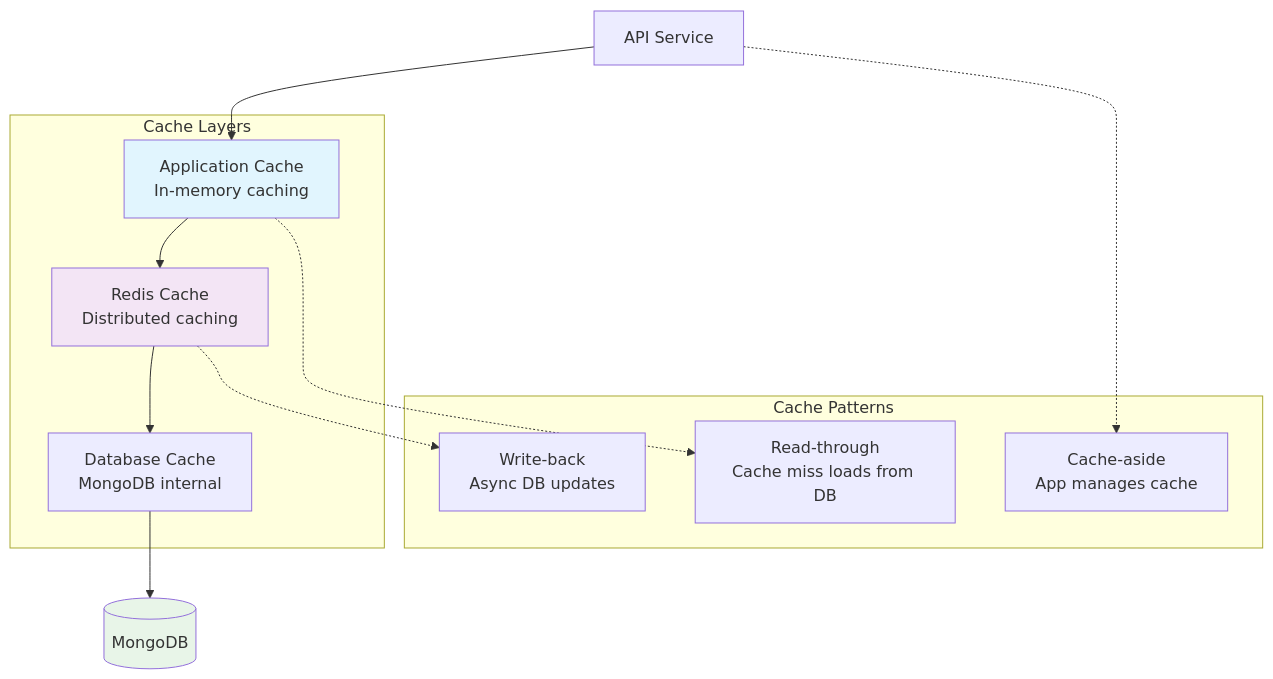
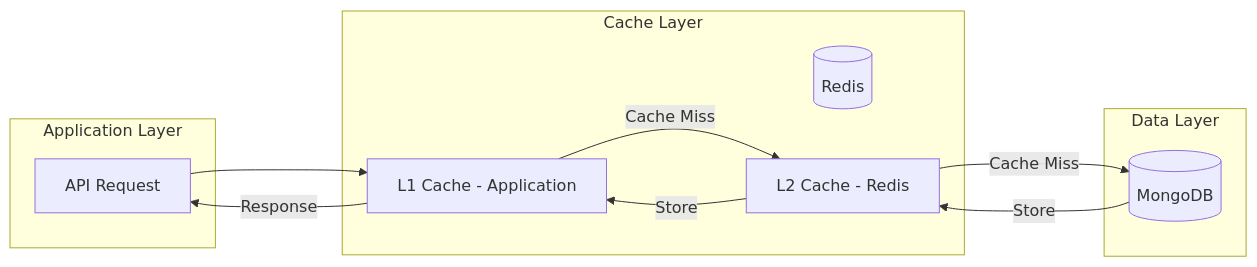
The sixth of 13 diagrams in docs/development/architecture/overview.md (flamingo-stack/openframe-oss-lib), drawn with Mermaid before and after one commit. The commit also changed other lines of this file and 130 other files, not shown here.

````diff
--- a/docs/development/architecture/overview.md
+++ b/docs/development/architecture/overview.md
@@ -564,27 +272,24 @@
 ```mermaid
-graph TD
-    subgraph "Cache Layers"
-        L1[Application Cache<br/>In-memory caching]
-        L2[Redis Cache<br/>Distributed caching]
-        L3[Database Cache<br/>MongoDB internal]
+graph LR
+    subgraph "Application Layer"
+        API[API Request]
     end
     
-    subgraph "Cache Patterns"
-        ReadThrough[Read-through<br/>Cache miss loads from DB]
-        WriteBack[Write-back<br/>Async DB updates]
-        CacheAside[Cache-aside<br/>App manages cache]
+    subgraph "Cache Layer"
+        REDIS[(Redis)]
+        L1[L1 Cache - Application]
+        L2[L2 Cache - Redis]
     end
     
-    API[API Service] --> L1
-    L1 --> L2
-    L2 --> L3
-    L3 --> Database[(MongoDB)]
+    subgraph "Data Layer"
+        MONGO[(MongoDB)]
+    end
     
-    L1 -.-> ReadThrough
-    L2 -.-> WriteBack
-    API -.-> CacheAside
+    API --> L1
+    L1 -->|Cache Miss| L2
+    L2 -->|Cache Miss| MONGO
     
-    style L1 fill:#e1f5fe
-    style L2 fill:#f3e5f5
-    style Database fill:#e8f5e8
+    MONGO -->|Store| L2
+    L2 -->|Store| L1
+    L1 -->|Response| API
 ```
````
